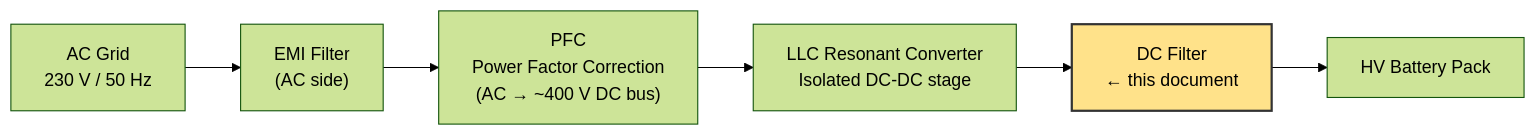
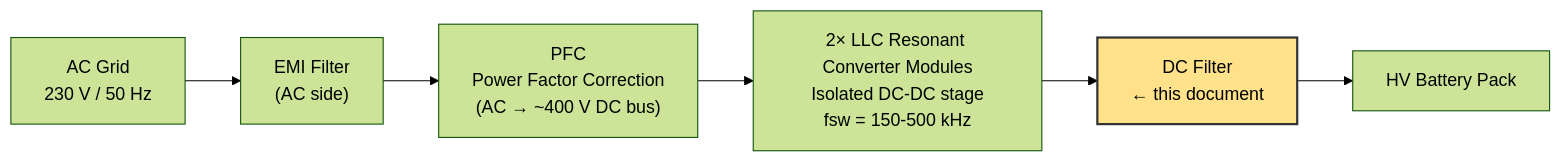
One commit to Gueni/0025_dc_filter changed the first of 2 diagrams in Readme.md. Above: the diagram before and after it, drawn with Mermaid (forest theme). The commit also changed other lines of this file and 5 other files, not shown here.

````diff
--- a/Readme.md
+++ b/Readme.md
@@ -9,10 +5,10 @@
 ```mermaid
 flowchart LR
     AC["AC Grid<br/>230 V / 50 Hz"] --> EMI["EMI Filter<br/>(AC side)"]
     EMI --> PFC["PFC<br/>Power Factor Correction<br/>(AC → ~400 V DC bus)"]
-    PFC --> LLC["LLC Resonant Converter<br/>Isolated DC-DC stage"]
+    PFC --> LLC["2× LLC Resonant Converter Modules<br/>Isolated DC-DC stage<br/>fsw = 150-500 kHz"]
     LLC --> DCF["DC Filter<br/>← this document"]
     DCF --> BAT["HV Battery Pack"]
 
     style DCF fill:#ffe28a,stroke:#333,stroke-width:2px
 ```
````
